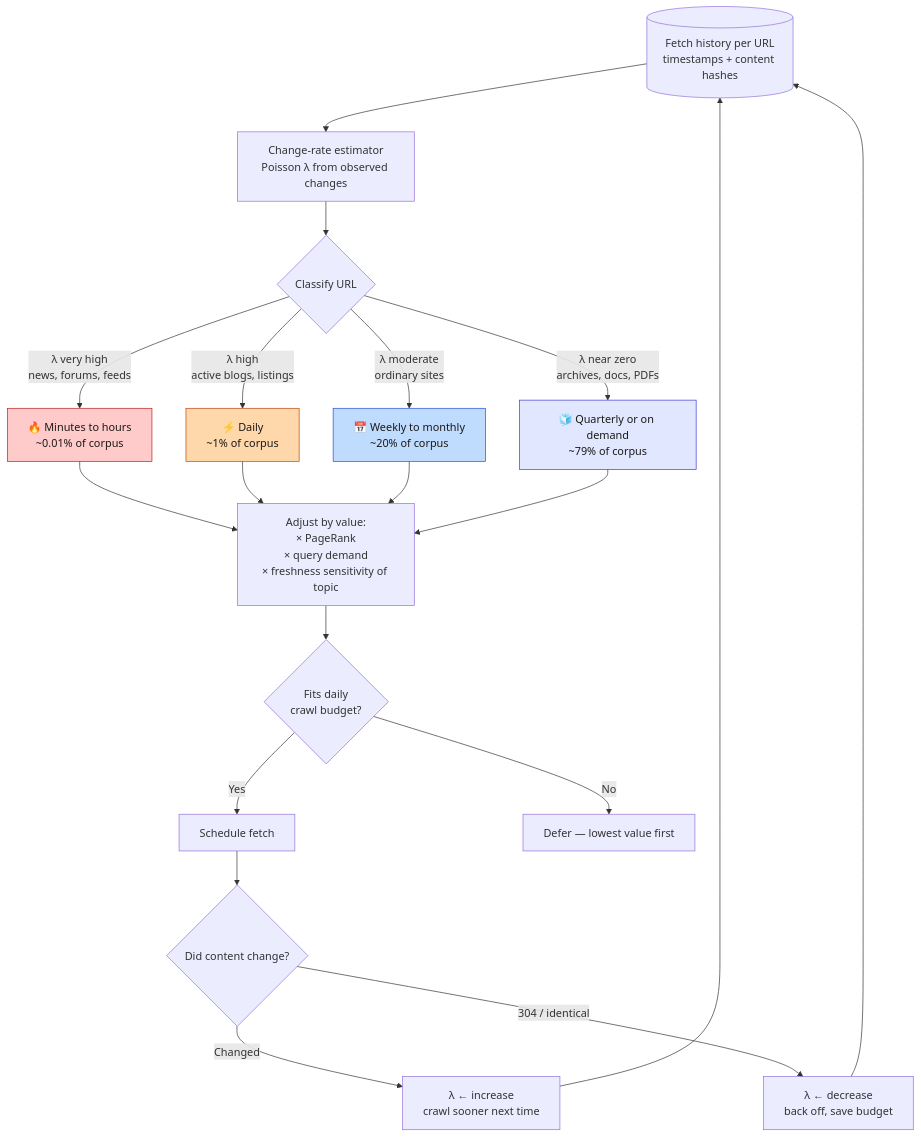
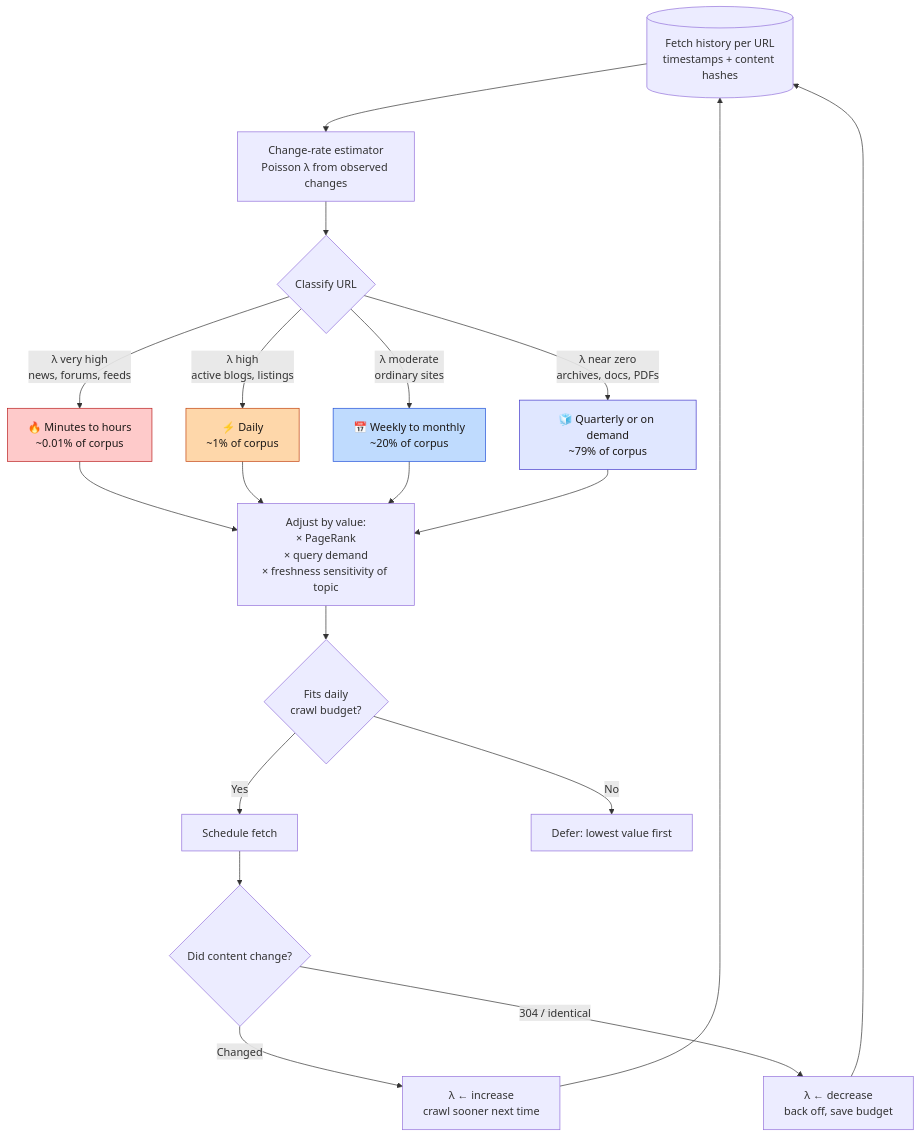
Before and after one commit to ahmedselimmansor-ctrl/google-search-system-design: the sixth of 6 diagrams in docs/en/04-crawling.md, drawn with Mermaid. The commit also changed other lines of this file and 89 other files, not shown here.

````diff
--- a/docs/en/04-crawling.md
+++ b/docs/en/04-crawling.md
@@ -363,33 +363,33 @@
 ```mermaid
 flowchart TB
     HIST[("Fetch history per URL<br/>timestamps + content hashes")]
     HIST --> EST["Change-rate estimator<br/>Poisson λ from observed changes"]
 
     EST --> CLASS{"Classify URL"}
 
     CLASS -->|"λ very high<br/>news, forums, feeds"| T1["🔥 Minutes to hours<br/>~0.01% of corpus"]
     CLASS -->|"λ high<br/>active blogs, listings"| T2["⚡ Daily<br/>~1% of corpus"]
     CLASS -->|"λ moderate<br/>ordinary sites"| T3["📅 Weekly to monthly<br/>~20% of corpus"]
     CLASS -->|"λ near zero<br/>archives, docs, PDFs"| T4["🧊 Quarterly or on demand<br/>~79% of corpus"]
 
     T1 & T2 & T3 & T4 --> ADJ["Adjust by value:<br/>× PageRank<br/>× query demand<br/>× freshness sensitivity of topic"]
 
     ADJ --> BUDGET{"Fits daily<br/>crawl budget?"}
     BUDGET -->|"Yes"| SCHED["Schedule fetch"]
-    BUDGET -->|"No"| DEFER["Defer — lowest value first"]
+    BUDGET -->|"No"| DEFER["Defer: lowest value first"]
 
     SCHED --> RESULT{"Did content change?"}
     RESULT -->|"Changed"| UP["λ ← increase<br/>crawl sooner next time"]
     RESULT -->|"304 / identical"| DOWN["λ ← decrease<br/>back off, save budget"]
     UP --> HIST
     DOWN --> HIST
 
     classDef hot fill:#fecaca,stroke:#b91c1c,color:#1c1917
     classDef warm fill:#fed7aa,stroke:#c2410c,color:#1c1917
     classDef cool fill:#bfdbfe,stroke:#1d4ed8,color:#1c1917
     classDef cold fill:#e0e7ff,stroke:#4338ca,color:#1c1917
     class T1 hot
     class T2 warm
     class T3 cool
     class T4 cold
 ```
````
